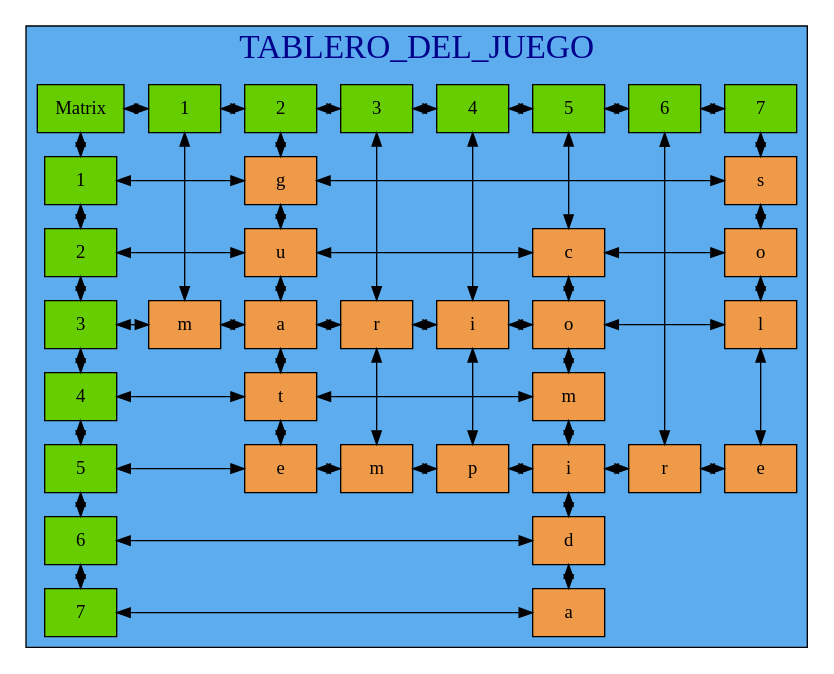
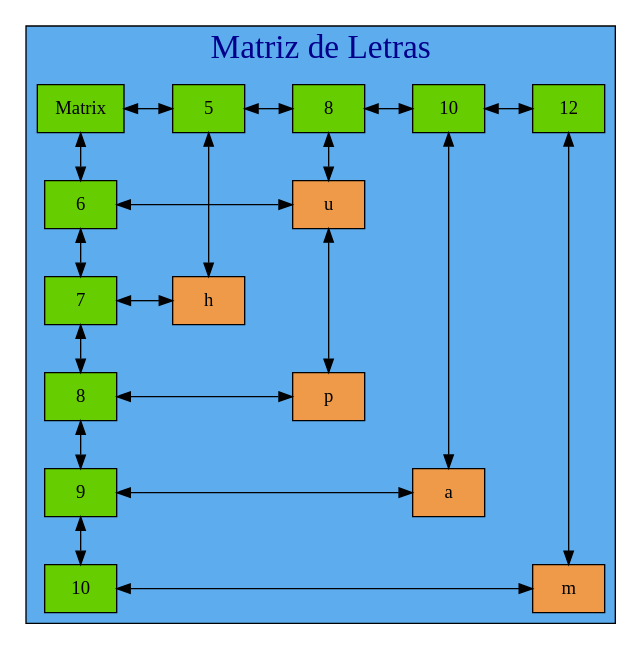
One commit to mariotun/EDD_1S2020_PY1_201602942 changed the diagram in Graficas/Table_Juego.dot. Above: the diagram before and after it, drawn with Graphviz. The commit also changed 9 other files, not shown here.

```diff
--- a/Graficas/Table_Juego.dot
+++ b/Graficas/Table_Juego.dot
@@ -1,115 +1,61 @@
  digraph tablero{ 
 
+graph[ranksep= "0.5",nodesep= "0.5"];
 subgraph cluster_1 {
 
 fontname=algerian
-label= "TABLERO_DEL_JUEGO ";
+label= "Matriz de Letras ";
  labelloc=t;
 fontcolor=blue4;
 fontsize=25;
 style=filled;
 fillcolor=steelblue2;
 
-graph[ranksep= "0.5",nodesep= "0.5"];
 node [shape=box fillcolor=chartreuse3];
 mt[label= "Matrix" style=radial group=0]
 {rank=same;
-25770344560[label= "1 " style=radial,group=1]
-25770344736[label= "2 " style=radial,group=2]
-25770344912[label= "3 " style=radial,group=3]
-25770345088[label= "4 " style=radial,group=4]
-25770347328[label= "5 " style=radial,group=5]
-25770347504[label= "6 " style=radial,group=6]
-0[label= "7 " style=radial,group=7]
-mt->25770344560->25770344736->25770344912->25770345088->25770347328->25770347504->0[dir=both];};
+25770476496[label= "5 " style=radial,group=5]
+25770476256[label= "8 " style=radial,group=8]
+25770475952[label= "10 " style=radial,group=10]
+0[label= "12 " style=radial,group=12]
+mt->25770476496->25770476256->25770475952->0[dir=both];};
 
-25770345488[label= "1 " style=radial,group=0]
-25770344432[label= "2 " style=radial,group=0]
-25770345776[label= "3 " style=radial,group=0]
-25770345952[label= "4 " style=radial,group=0]
-25770346576[label= "5 " style=radial,group=0]
-25770346752[label= "6 " style=radial,group=0]
-48[label= "7 " style=radial,group=0]
-mt->25770345488->25770344432->25770345776->25770345952->25770346576->25770346752->48[dir=both];
+25770475832[label= "6 " style=radial,group=0]
+25770476680[label= "7 " style=radial,group=0]
+25770476376[label= "8 " style=radial,group=0]
+25770476152[label= "9 " style=radial,group=0]
+56[label= "10 " style=radial,group=0]
+mt->25770475832->25770476680->25770476376->25770476152->56[dir=both];
 
 node[shape=box height=0.5 style=filled fontcolor=black fillcolor= tan2]
-25770344448[label="m" style=radial,group=1];
+25770475840[label="h" style=radial,group=5];
 node[shape=box height=0.5 style=filled fontcolor=black fillcolor= tan2]
-25770345328[label="g" style=radial,group=2];
+25770477808[label="u" style=radial,group=8];
 node[shape=box height=0.5 style=filled fontcolor=black fillcolor= tan2]
-25770345504[label="u" style=radial,group=2];
+25770476768[label="p" style=radial,group=8];
 node[shape=box height=0.5 style=filled fontcolor=black fillcolor= tan2]
-25770344624[label="a" style=radial,group=2];
+25770476384[label="a" style=radial,group=10];
 node[shape=box height=0.5 style=filled fontcolor=black fillcolor= tan2]
-25770345792[label="t" style=radial,group=2];
-node[shape=box height=0.5 style=filled fontcolor=black fillcolor= tan2]
-25770345968[label="e" style=radial,group=2];
-node[shape=box height=0.5 style=filled fontcolor=black fillcolor= tan2]
-25770344800[label="r" style=radial,group=3];
-node[shape=box height=0.5 style=filled fontcolor=black fillcolor= tan2]
-25770346992[label="m" style=radial,group=3];
-node[shape=box height=0.5 style=filled fontcolor=black fillcolor= tan2]
-25770344976[label="i" style=radial,group=4];
-node[shape=box height=0.5 style=filled fontcolor=black fillcolor= tan2]
-25770347104[label="p" style=radial,group=4];
-node[shape=box height=0.5 style=filled fontcolor=black fillcolor= tan2]
-25770346080[label="c" style=radial,group=5];
-node[shape=box height=0.5 style=filled fontcolor=black fillcolor= tan2]
-25770345152[label="o" style=radial,group=5];
-node[shape=box height=0.5 style=filled fontcolor=black fillcolor= tan2]
-25770346304[label="m" style=radial,group=5];
-node[shape=box height=0.5 style=filled fontcolor=black fillcolor= tan2]
-25770346416[label="i" style=radial,group=5];
-node[shape=box height=0.5 style=filled fontcolor=black fillcolor= tan2]
-25770346592[label="d" style=radial,group=5];
-node[shape=box height=0.5 style=filled fontcolor=black fillcolor= tan2]
-25770346768[label="a" style=radial,group=5];
-node[shape=box height=0.5 style=filled fontcolor=black fillcolor= tan2]
-25770347392[label="r" style=radial,group=6];
-25770347680[label="s" style=radial,group=7];
-25770347792[label="o" style=radial,group=7];
-25770347904[label="l" style=radial,group=7];
-25770347568[label="e" style=radial,group=7];
+25770476960[label="m" style=radial,group=12];
 
 
-25770344560->25770344448[dir=both]
-25770344736->25770345328->25770345504->25770344624->25770345792->25770345968[dir=both]
-25770344912->25770344800->25770346992[dir=both]
-25770345088->25770344976->25770347104[dir=both]
-25770347328->25770346080->25770345152->25770346304->25770346416->25770346592->25770346768[dir=both]
-25770347504->25770347392[dir=both]
-0->25770347680->25770347792->25770347904->25770347568[dir=both]
+25770476496->25770475840[dir=both]
+25770476256->25770477808->25770476768[dir=both]
+25770475952->25770476384[dir=both]
+0->25770476960[dir=both]
 
-25770345328[label="g"];
-25770347680[label="s"];
-25770345504[label="u"];
-25770346080[label="c"];
-25770347792[label="o"];
-25770344448[label="m"];
-25770344624[label="a"];
-25770344800[label="r"];
-25770344976[label="i"];
-25770345152[label="o"];
-25770347904[label="l"];
-25770345792[label="t"];
-25770346304[label="m"];
-25770345968[label="e"];
-25770346992[label="m"];
-25770347104[label="p"];
-25770346416[label="i"];
-25770347392[label="r"];
-25770347568[label="e"];
-25770346592[label="d"];
-25770346768[label="a"];
+25770477808[label="u"];
+25770475840[label="h"];
+25770476768[label="p"];
+25770476384[label="a"];
+25770476960[label="m"];
 
 
-{rank=same;25770345488->25770345328->25770347680[dir=both] } 
-{rank=same;25770344432->25770345504->25770346080->25770347792[dir=both] } 
-{rank=same;25770345776->25770344448->25770344624->25770344800->25770344976->25770345152->25770347904[dir=both] } 
-{rank=same;25770345952->25770345792->25770346304[dir=both] } 
-{rank=same;25770346576->25770345968->25770346992->25770347104->25770346416->25770347392->25770347568[dir=both] } 
-{rank=same;25770346752->25770346592[dir=both] } 
-{rank=same;48->25770346768[dir=both] }
+{rank=same;25770475832->25770477808[dir=both] } 
+{rank=same;25770476680->25770475840[dir=both] } 
+{rank=same;25770476376->25770476768[dir=both] } 
+{rank=same;25770476152->25770476384[dir=both] } 
+{rank=same;56->25770476960[dir=both] }
  }
 
 }
```
